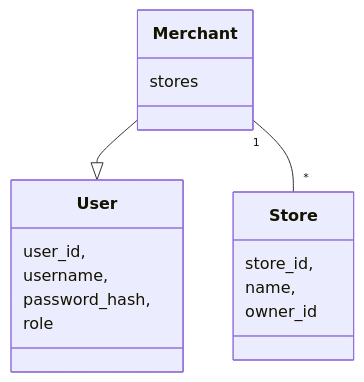
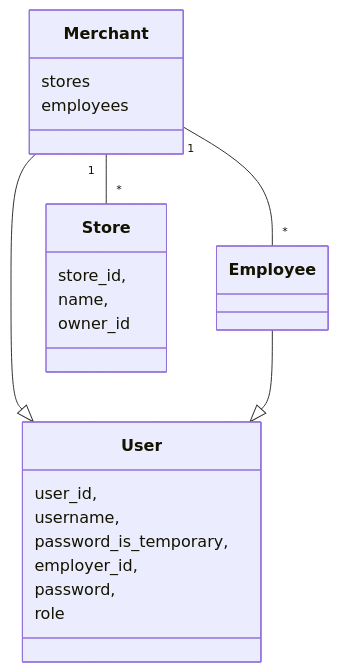
Before and after one commit to hannajan/ot-harjoitustyo: the diagram in expiration_date_tracking_app/dokumentaatio/arkkitehtuuri.md, drawn with Mermaid.

Commit message:
luokkakaavio päivitetty

````diff
--- a/expiration_date_tracking_app/dokumentaatio/arkkitehtuuri.md
+++ b/expiration_date_tracking_app/dokumentaatio/arkkitehtuuri.md
@@ -5,19 +5,27 @@
 ```mermaid
 classDiagram
   class User {
     user_id,
     username,
-    password_hash,
+    password_is_temporary,
+    employer_id,
+    password,
     role
   }
   class Merchant {
     stores
+    employees  
+  }
+  class Employee {
+    
   }
   class Store {
     store_id,
     name,
     owner_id
   }
   Merchant --|> User
+  Employee --|> User
   Merchant "1" -- "*" Store
+  Merchant "1" -- "*" Employee
 ```
````
